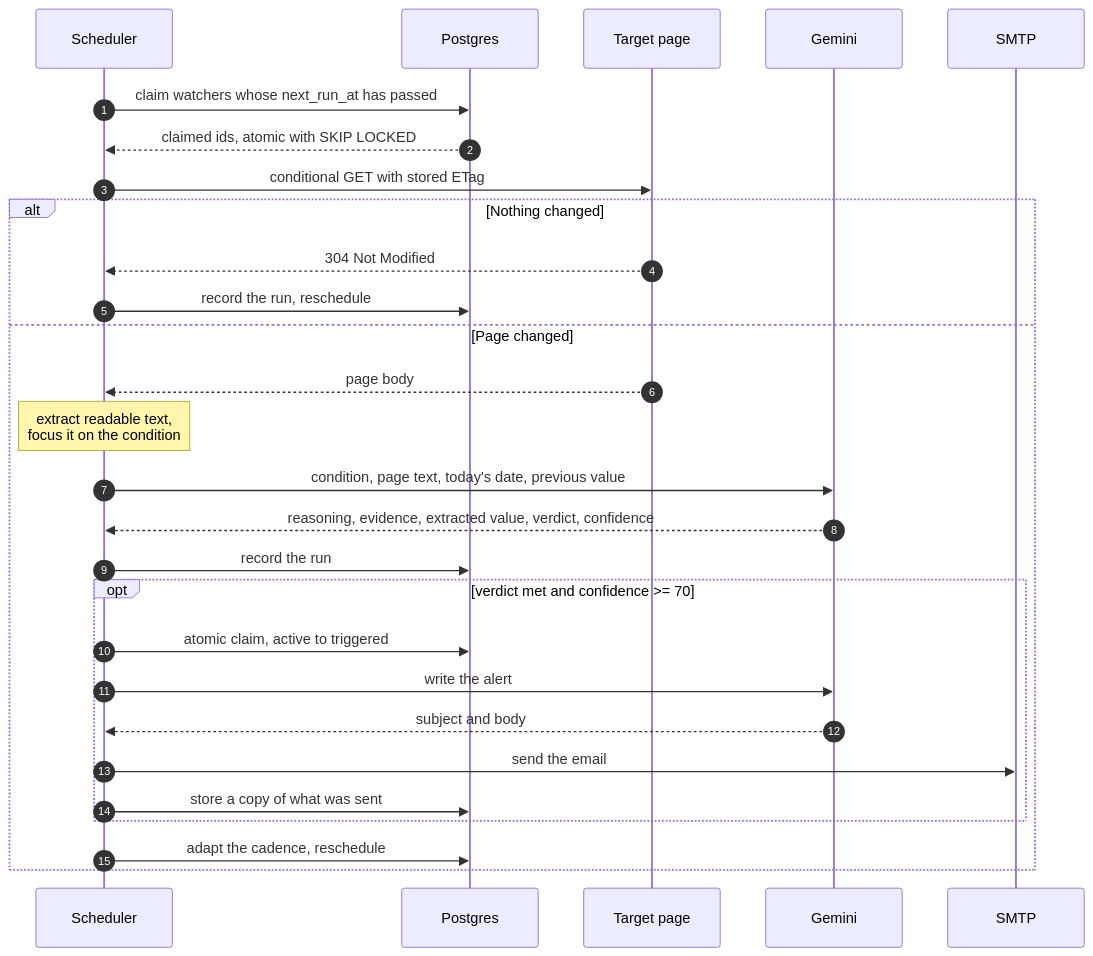
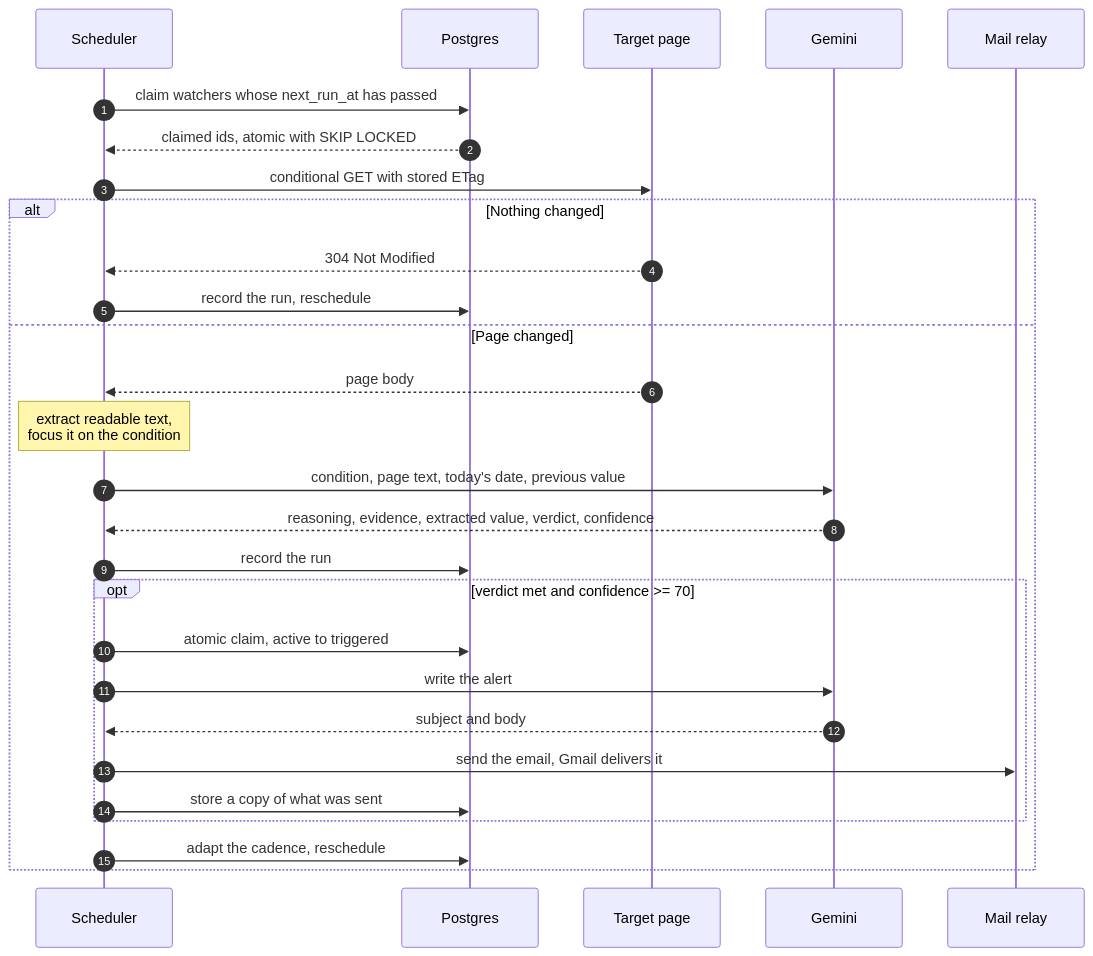
One commit to Ahsan-20/Argus changed the second of 2 diagrams in backend/README.md. Above: the diagram before and after it, drawn with Mermaid. The commit also changed 5 other files, not shown here.

First line of the commit message:
Add a wide architecture overview with real brand logos

````diff
--- a/backend/README.md
+++ b/backend/README.md
@@ -84,34 +84,34 @@
 ```mermaid
 sequenceDiagram
     autonumber
     participant S as Scheduler
     participant DB as Postgres
     participant P as Target page
     participant AI as Gemini
-    participant M as SMTP
+    participant M as Mail relay
 
     S->>DB: claim watchers whose next_run_at has passed
     DB-->>S: claimed ids, atomic with SKIP LOCKED
 
     S->>P: conditional GET with stored ETag
     alt Nothing changed
         P-->>S: 304 Not Modified
         S->>DB: record the run, reschedule
     else Page changed
         P-->>S: page body
         Note over S: extract readable text,<br/>focus it on the condition
         S->>AI: condition, page text, today's date, previous value
         AI-->>S: reasoning, evidence, extracted value, verdict, confidence
         S->>DB: record the run
 
         opt verdict met and confidence >= 70
             S->>DB: atomic claim, active to triggered
             S->>AI: write the alert
             AI-->>S: subject and body
-            S->>M: send the email
+            S->>M: send the email, Gmail delivers it
             S->>DB: store a copy of what was sent
         end
 
         S->>DB: adapt the cadence, reschedule
     end
 ```
````
